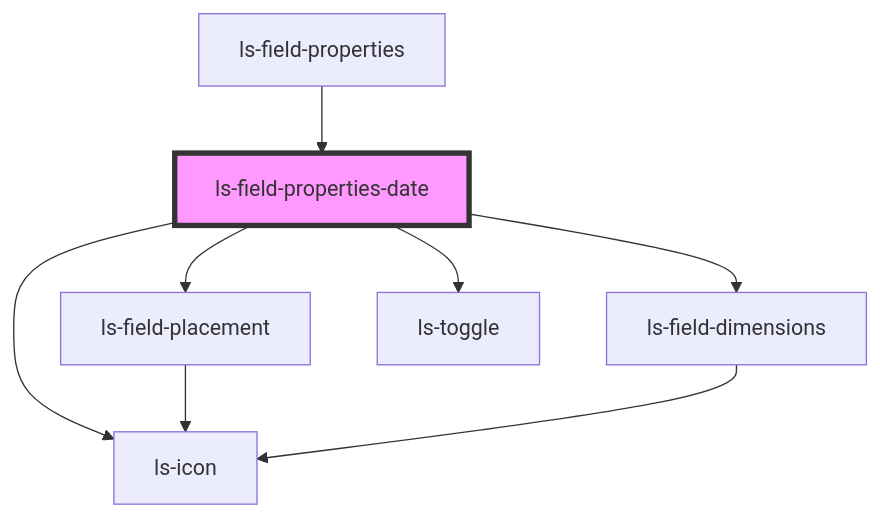
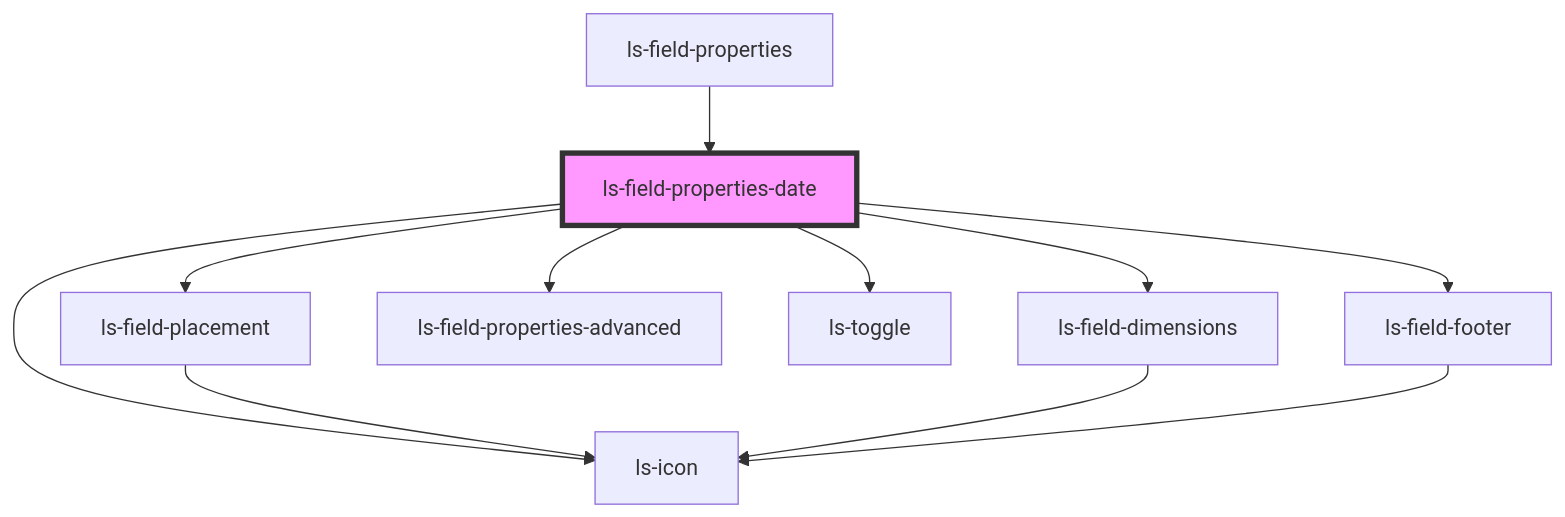
Before and after one commit to legalesign/ls-document-viewer: the diagram in src/components/ls-field-properties-date/readme.md, drawn with Mermaid. The commit also changed other lines of this file and 25 other files, not shown here.

````diff
--- a/src/components/ls-field-properties-date/readme.md
+++ b/src/components/ls-field-properties-date/readme.md
@@ -30,11 +32,14 @@
 ```mermaid
 graph TD;
   ls-field-properties-date --> ls-field-placement
   ls-field-properties-date --> ls-field-dimensions
+  ls-field-properties-date --> ls-field-properties-advanced
   ls-field-properties-date --> ls-icon
   ls-field-properties-date --> ls-toggle
+  ls-field-properties-date --> ls-field-footer
   ls-field-placement --> ls-icon
   ls-field-dimensions --> ls-icon
+  ls-field-footer --> ls-icon
   ls-field-properties --> ls-field-properties-date
   style ls-field-properties-date fill:#f9f,stroke:#333,stroke-width:4px
 ```
````
